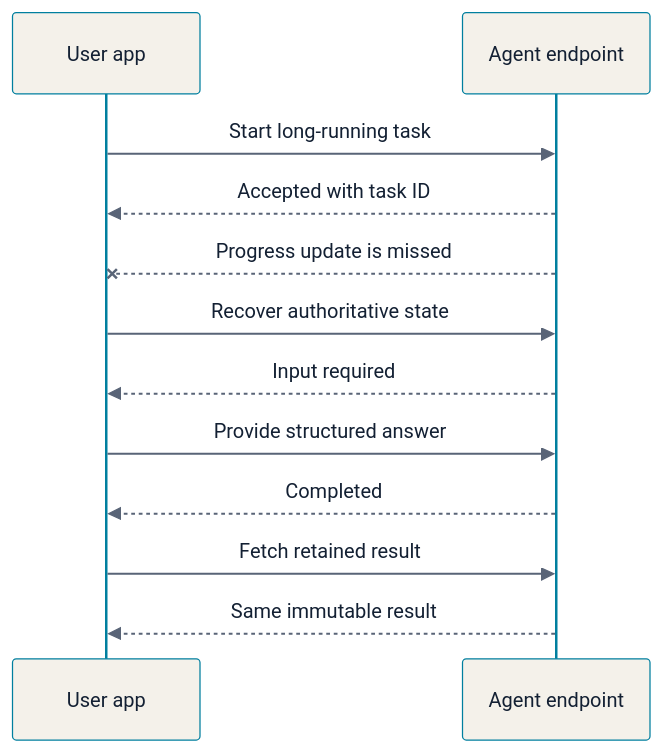
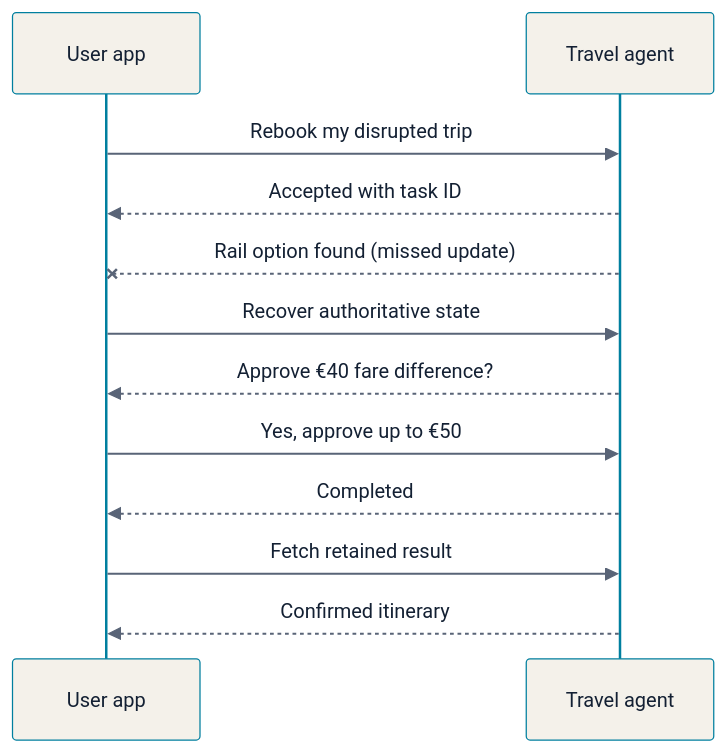
The diagram in presentations/assets/recover-and-interact.mmd (romanbsd/xmpp-agent-gateway), drawn with Mermaid before and after one commit. The commit also changed 7 other files, not shown here.

```diff
--- a/presentations/assets/recover-and-interact.mmd
+++ b/presentations/assets/recover-and-interact.mmd
@@ -1,45 +1,45 @@
 %%{init: {
   "theme": "base",
   "themeVariables": {
     "background": "transparent",
     "primaryColor": "#f4f1ea",
     "primaryTextColor": "#132033",
     "primaryBorderColor": "#007f9f",
     "lineColor": "#007f9f",
     "secondaryColor": "#e6edf0",
     "tertiaryColor": "#e6edf0",
     "actorBkg": "#f4f1ea",
     "actorBorder": "#007f9f",
     "actorTextColor": "#132033",
     "signalColor": "#596477",
     "signalTextColor": "#132033",
     "labelBoxBkgColor": "#e6edf0",
     "labelBoxBorderColor": "#007f9f",
     "labelTextColor": "#132033",
     "loopTextColor": "#132033",
     "activationBkgColor": "#d7edf3",
     "activationBorderColor": "#007f9f",
     "fontFamily": "Inter, Arial, sans-serif",
     "fontSize": "20px"
   },
   "sequence": {
     "useMaxWidth": true,
     "diagramMarginX": 30,
     "diagramMarginY": 10,
     "actorMargin": 150,
     "messageMargin": 34
   }
 }}%%
 sequenceDiagram
     participant App as User app
-    participant Agent as Agent endpoint
+    participant Agent as Travel agent
 
-    App->>Agent: Start long-running task
+    App->>Agent: Rebook my disrupted trip
     Agent-->>App: Accepted with task ID
-    Agent--xApp: Progress update is missed
+    Agent--xApp: Rail option found (missed update)
     App->>Agent: Recover authoritative state
-    Agent-->>App: Input required
-    App->>Agent: Provide structured answer
+    Agent-->>App: Approve €40 fare difference?
+    App->>Agent: Yes, approve up to €50
     Agent-->>App: Completed
     App->>Agent: Fetch retained result
-    Agent-->>App: Same immutable result
+    Agent-->>App: Confirmed itinerary
```
